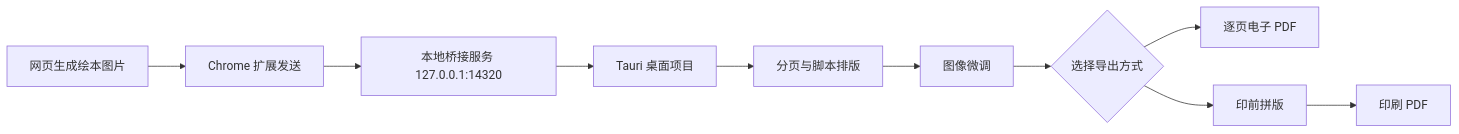
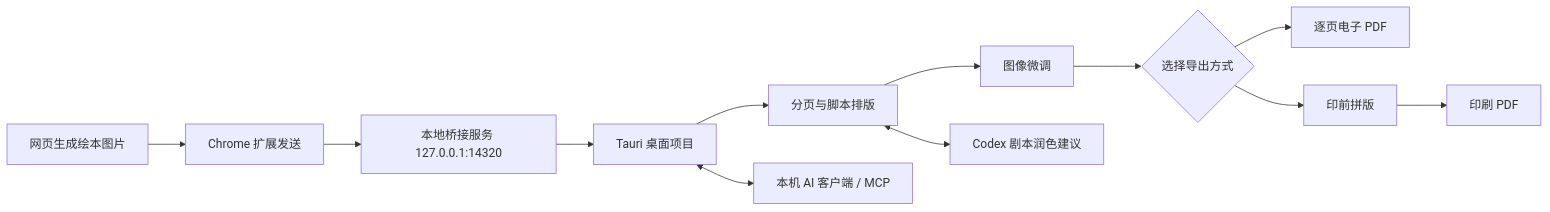
Before and after one commit to glenzli/storybook-co-editor: the diagram in README.md, drawn with Mermaid. The commit also changed other lines of this file and 24 other files, not shown here.

Commit message:
feat: add local Codex MCP collaboration

````diff
--- a/README.md
+++ b/README.md
@@ -63,12 +63,14 @@
 ```mermaid
 flowchart LR
   A["网页生成绘本图片"] --> B["Chrome 扩展发送"]
   B --> C["本地桥接服务 127.0.0.1:14320"]
   C --> D["Tauri 桌面项目"]
   D --> E["分页与脚本排版"]
   E --> F["图像微调"]
+  D <--> K["本机 AI 客户端 / MCP"]
+  E <--> L["Codex 剧本润色建议"]
   F --> G{"选择导出方式"}
   G --> H["逐页电子 PDF"]
   G --> I["印前拼版"]
   I --> J["印刷 PDF"]
 ```
````
